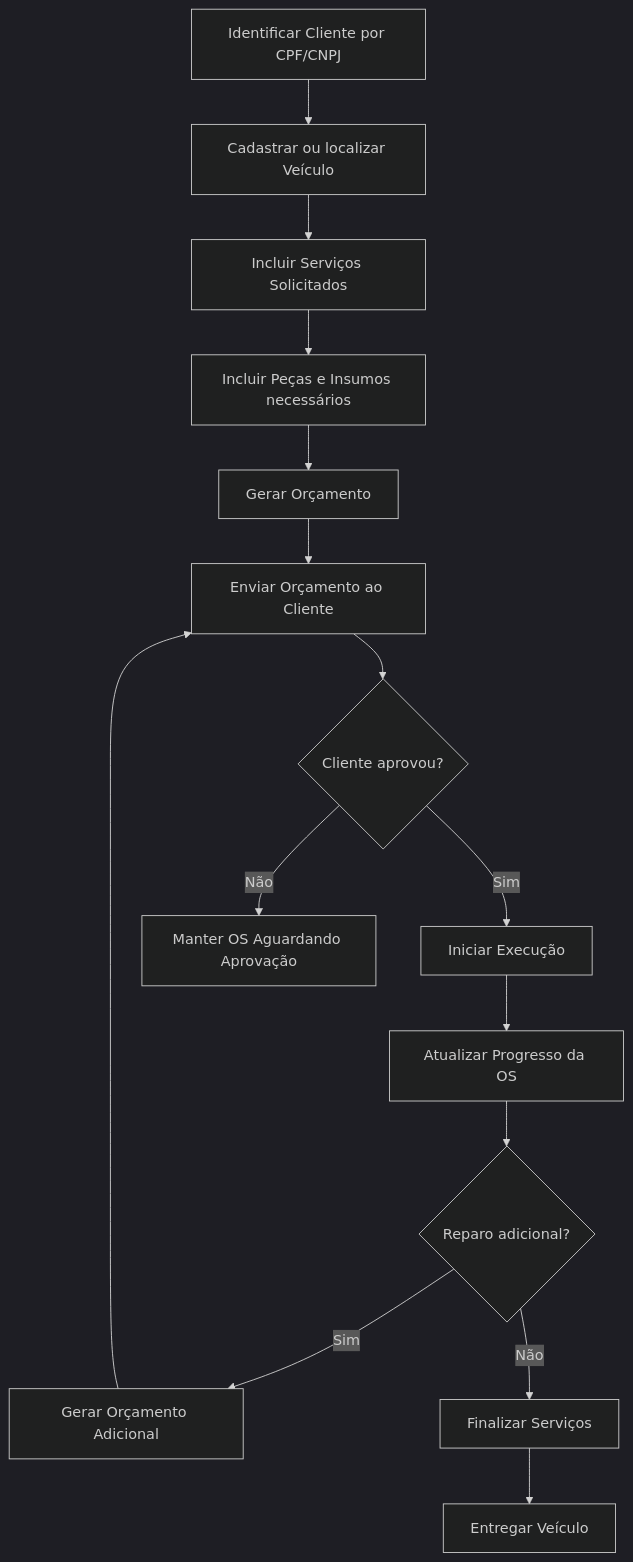
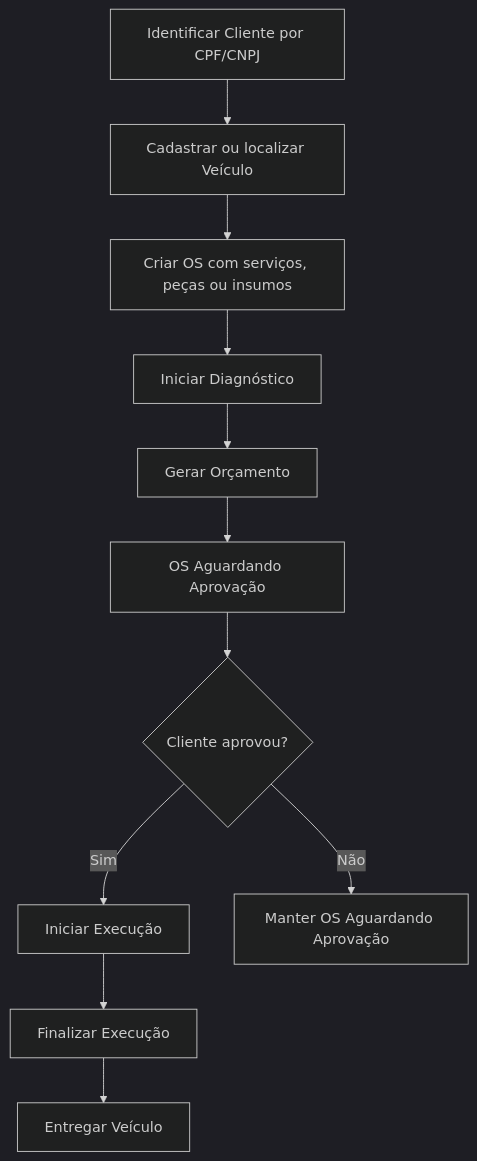
The fifth of 7 diagrams in docs/diagramas-ddd.md (rafaaamaral/tech_challenge), drawn with Mermaid (dark theme) before and after one commit. The commit also changed other lines of this file and 1 other file, not shown here.

````diff
--- a/docs/diagramas-ddd.md
+++ b/docs/diagramas-ddd.md
@@ -241,32 +242,25 @@
 ```mermaid
 flowchart TD
     A[Identificar Cliente por CPF/CNPJ]
     B[Cadastrar ou localizar Veículo]
-    C[Incluir Serviços Solicitados]
-    D[Incluir Peças e Insumos necessários]
+    C[Criar OS com serviços, peças ou insumos]
+    D[Iniciar Diagnóstico]
     E[Gerar Orçamento]
-    F[Enviar Orçamento ao Cliente]
+    F[OS Aguardando Aprovação]
     G{Cliente aprovou?}
     H[Iniciar Execução]
-    I[Atualizar Progresso da OS]
-    J{Reparo adicional?}
-    K[Gerar Orçamento Adicional]
-    L[Finalizar Serviços]
-    M[Entregar Veículo]
-    N[Manter OS Aguardando Aprovação]
+    I[Finalizar Execução]
+    J[Entregar Veículo]
+    K[Manter OS Aguardando Aprovação]
 
     A --> B
     B --> C
     C --> D
     D --> E
     E --> F
     F --> G
     G -- Sim --> H
-    G -- Não --> N
+    G -- Não --> K
     H --> I
     I --> J
-    J -- Sim --> K
-    K --> F
-    J -- Não --> L
-    L --> M
 ```
````
